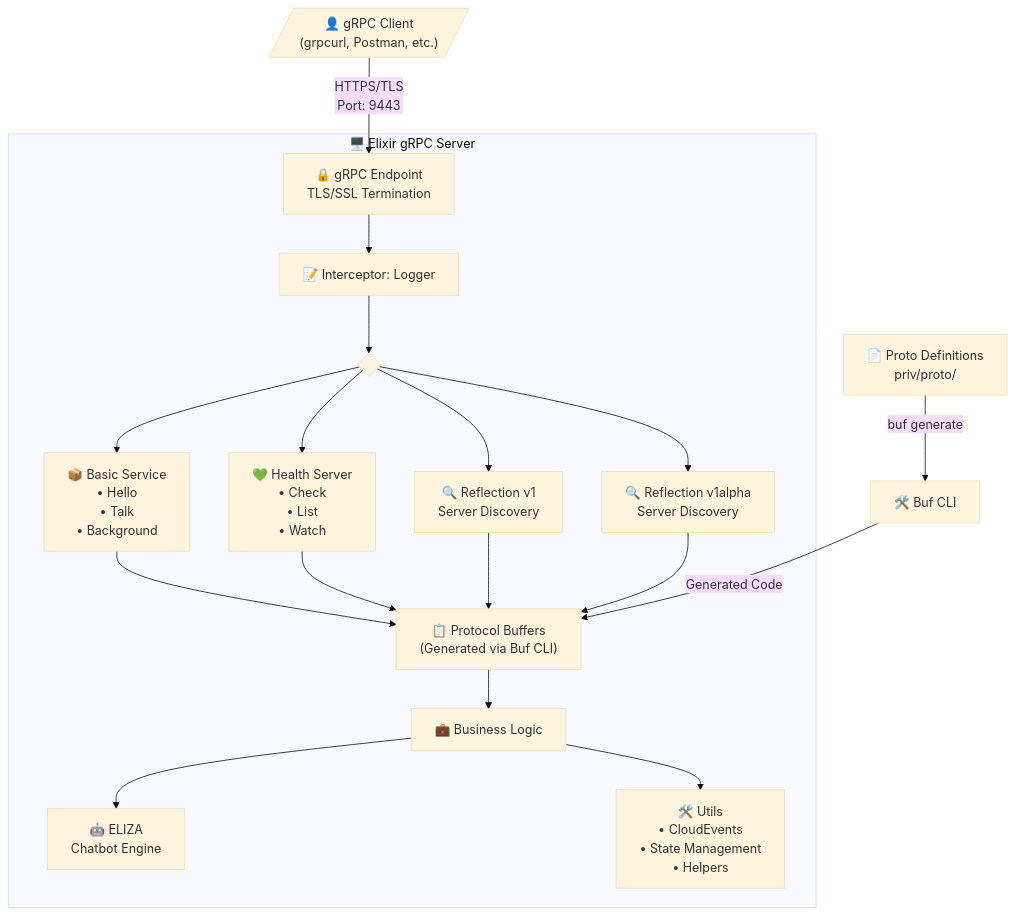
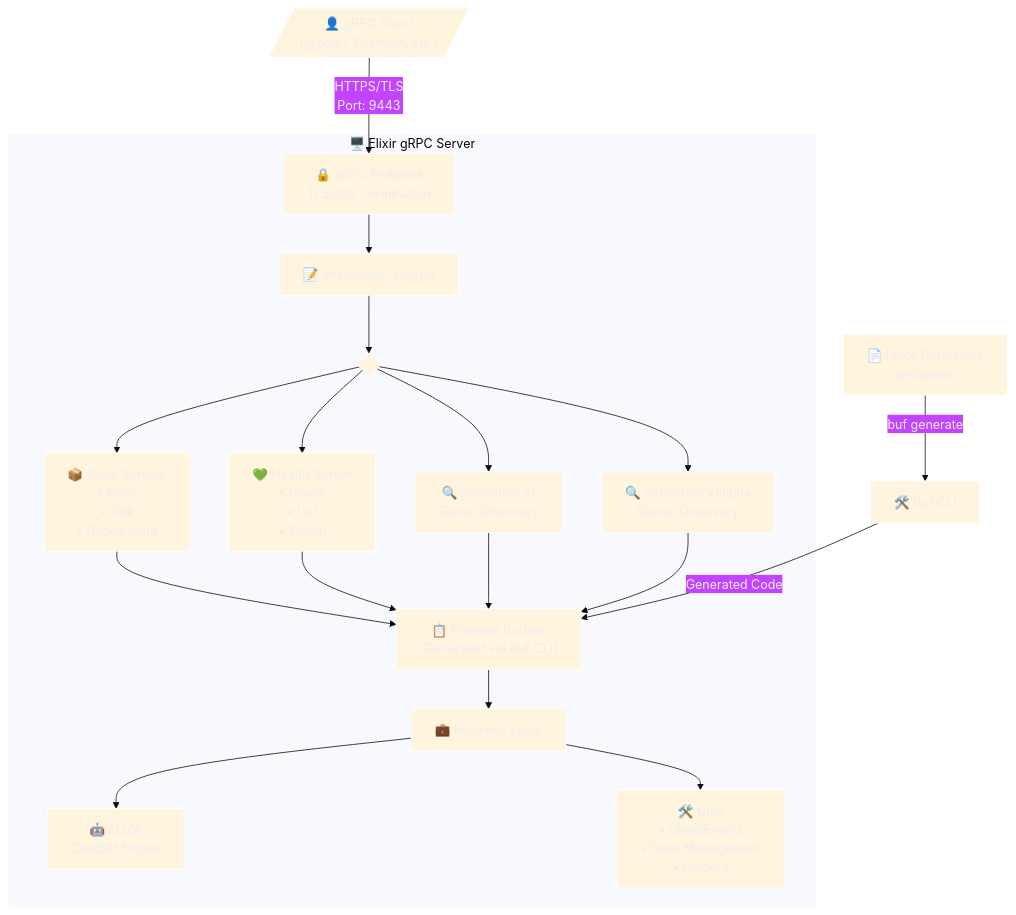
The diagram in README.md (soundphilosopher/basic-grpc-service-elixir), drawn with Mermaid before and after one commit.

````diff
--- a/README.md
+++ b/README.md
@@ -245,36 +245,36 @@
 ```mermaid
-%%{init: {'theme':'base'}}%%
+%%{init: {'theme': 'base', 'themeVariables': {'darkMode': true}}}%%
 graph TB
     Client[/"👤 gRPC Client<br/>(grpcurl, Postman, etc.)"/]
 
     Client -->|"HTTPS/TLS<br/>Port: 9443"| Endpoint
 
     subgraph Server["🖥️ Elixir gRPC Server"]
         Endpoint["🔒 gRPC Endpoint<br/>TLS/SSL Termination"]
 
         Endpoint --> Logger["📝 Interceptor: Logger"]
 
         Logger --> Services{" "}
 
         Services --> BasicService["📦 Basic Service<br/>• Hello<br/>• Talk<br/>• Background"]
         Services --> HealthService["💚 Health Server<br/>• Check<br/>• List<br/>• Watch"]
         Services --> ReflectionV1["🔍 Reflection v1<br/>Server Discovery"]
         Services --> ReflectionV1Alpha["🔍 Reflection v1alpha<br/>Server Discovery"]
 
         BasicService --> Protobuf["📋 Protocol Buffers<br/>(Generated via Buf CLI)"]
         HealthService --> Protobuf
         ReflectionV1 --> Protobuf
         ReflectionV1Alpha --> Protobuf
 
         Protobuf --> BusinessLogic["💼 Business Logic"]
 
         BusinessLogic --> Eliza["🤖 ELIZA<br/>Chatbot Engine"]
         BusinessLogic --> Utils["🛠️ Utils<br/>• CloudEvents<br/>• State Management<br/>• Helpers"]
     end
 
     ProtoFiles["📄 Proto Definitions<br/>priv/proto/"]
     BufCLI["🛠️ Buf CLI"]
 
     ProtoFiles -->|"buf generate"| BufCLI
     BufCLI -->|"Generated Code"| Protobuf
 ```
````
